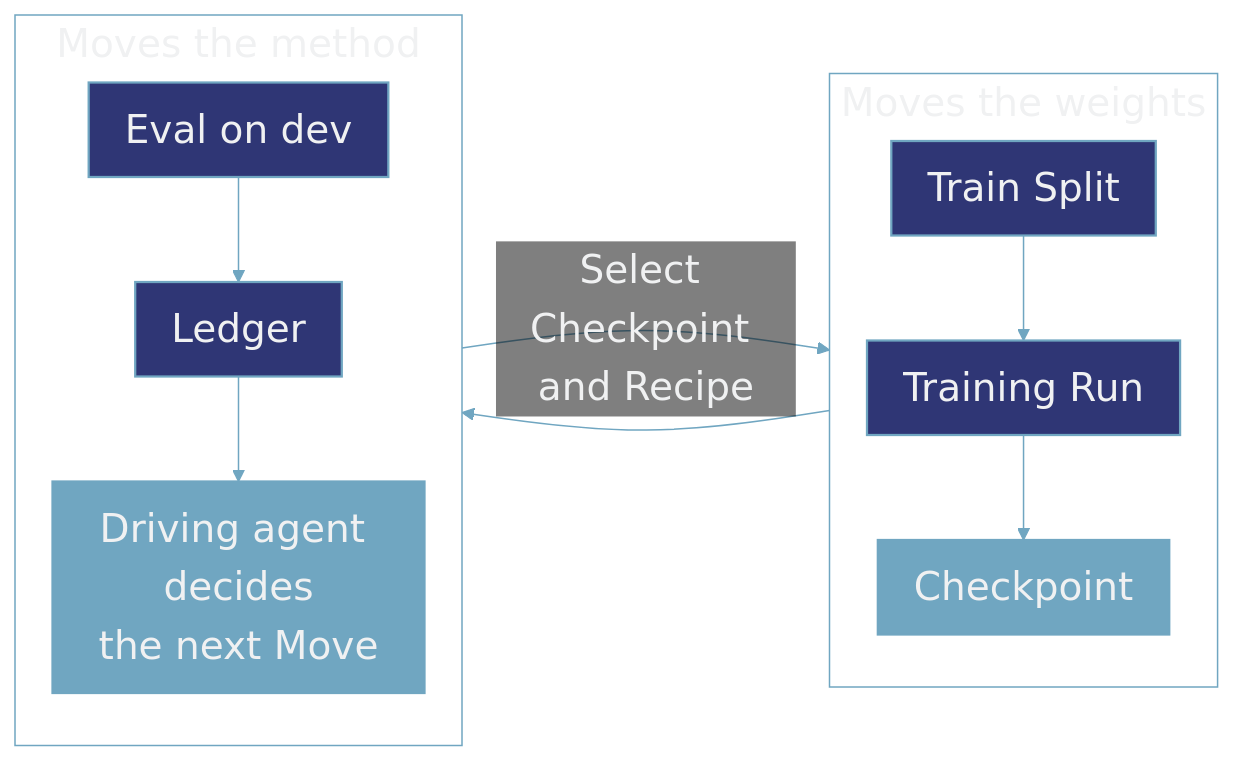
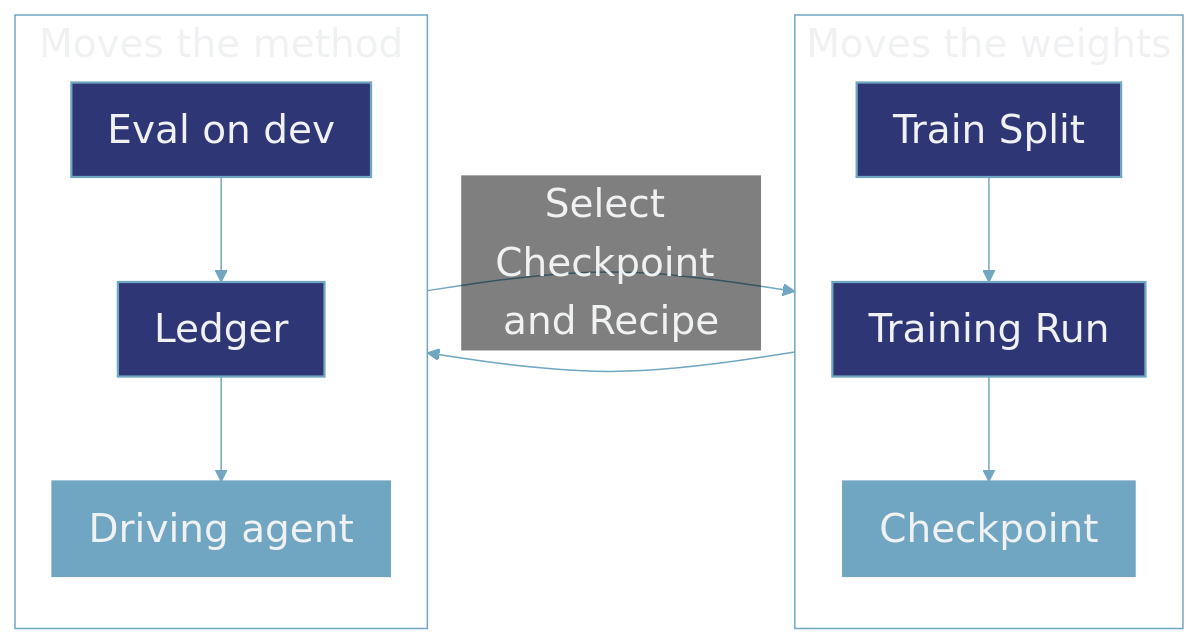
The first of 2 diagrams in concepts/improvement.mdx (Monte-Inc/internal-monte-platform-docs), drawn with Mermaid before and after one commit.

Commit message:
The two subgraphs come out the same size
A two-line node label made the method subgraph grow around it while the
weights subgraph stayed small, so a figure about two halves of one loop
drew them as unequal. The arrow already says what the agent decides, so
the node only has to name it.

````diff
--- a/concepts/improvement.mdx
+++ b/concepts/improvement.mdx
@@ -11,18 +11,18 @@
 ```mermaid actions={false}
 %%{init: {'theme': 'base', 'themeVariables': {'primaryColor': '#315594', 'primaryTextColor': '#F0F1F2', 'primaryBorderColor': '#315594', 'lineColor': '#70A6C1', 'textColor': '#17181B', 'clusterBkg': 'transparent', 'clusterBorder': '#70A6C1', 'edgeLabelBackground': 'transparent', 'tertiaryColor': '#315594', 'tertiaryTextColor': '#F0F1F2', 'tertiaryBorderColor': '#315594', 'fontSize': '26px'}, 'flowchart': {'subGraphTitleMargin': {'top': 0, 'bottom': 10}, 'rankSpacing': 45, 'nodeSpacing': 30, 'padding': 12}}}%%
 flowchart LR
     subgraph INNER["Moves the weights"]
         direction TB
         TRAIN["Train Split"]:::entry --> RUN["Training Run"]:::score --> CKPT["Checkpoint"]:::model
     end
     subgraph OUTER["Moves the method"]
         direction TB
-        EVAL["Eval on dev"]:::score --> LEDGER["Ledger"]:::entry --> AGENT["Driving agent decides<br/>the next Move"]:::model
+        EVAL["Eval on dev"]:::score --> LEDGER["Ledger"]:::entry --> AGENT["Driving agent"]:::model
     end
     CKPT --> EVAL
     AGENT -->|"Select Checkpoint and Recipe"| RUN
 
     classDef entry fill:#2F3675,stroke:#70A6C1,stroke-width:1.5px,color:#F0F1F2;
     classDef model fill:#70A6C1,stroke:#70A6C1,stroke-width:1.5px,color:#F0F1F2;
     classDef score fill:#2F3675,stroke:#70A6C1,stroke-width:1.5px,color:#F0F1F2;
 ```
````
